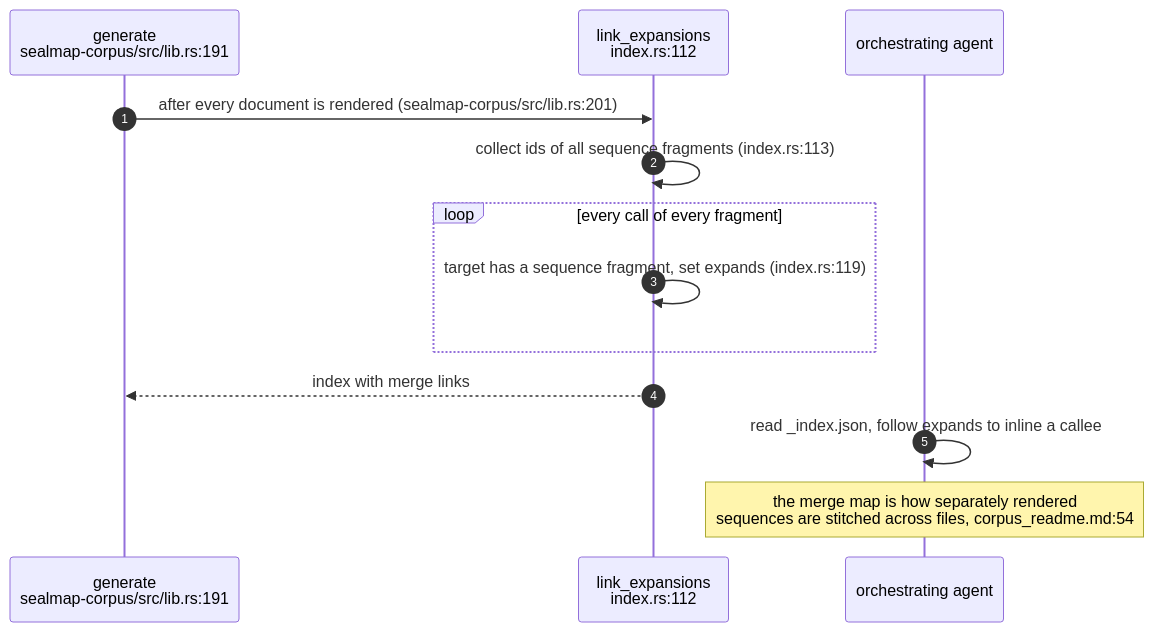
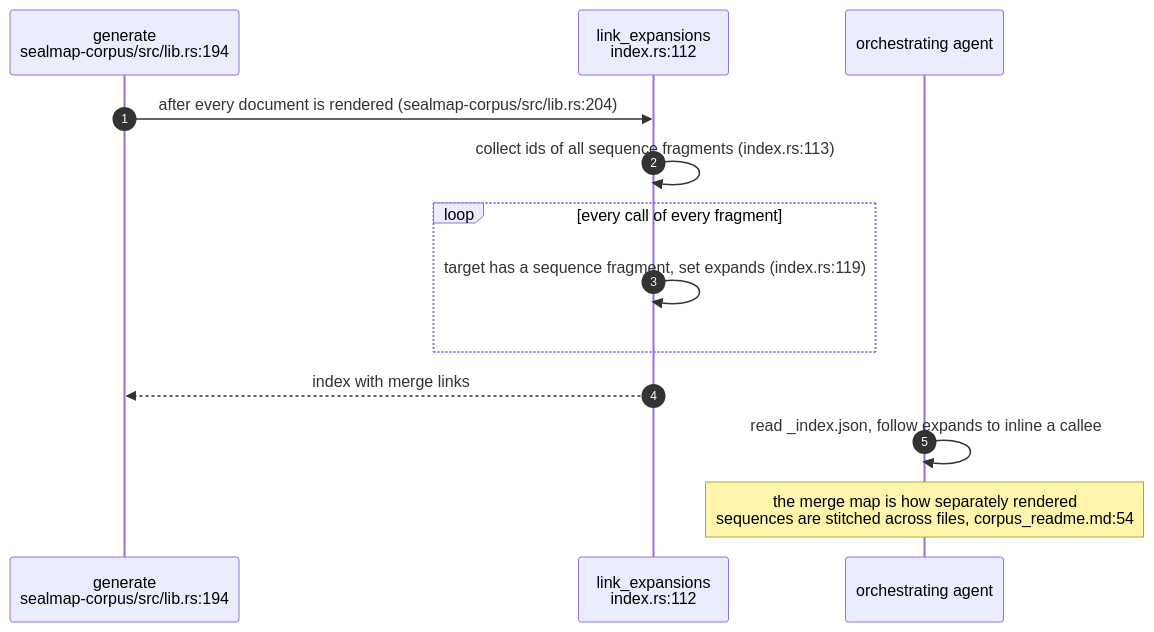
The fourth of 5 diagrams in docs/diagrams/sealmap/12-generating-the-corpus-and-index.md (DreamLab-AI/VisionFlow), drawn with Mermaid before and after one commit. The commit also changed other lines of this file and 59 other files, not shown here.

First line of the commit message:
docs(diagrams): re-derive and re-stamp forum, website, pod, ontomark and sealmap topics

````diff
--- a/docs/diagrams/sealmap/12-generating-the-corpus-and-index.md
+++ b/docs/diagrams/sealmap/12-generating-the-corpus-and-index.md
@@ -169,15 +170,15 @@
 ```mermaid
 sequenceDiagram
     autonumber
-    participant GE as generate<br/>sealmap-corpus/src/lib.rs:191
+    participant GE as generate<br/>sealmap-corpus/src/lib.rs:194
     participant LE as link_expansions<br/>index.rs:112
     participant OR as orchestrating agent
-    GE->>LE: after every document is rendered (sealmap-corpus/src/lib.rs:201)
+    GE->>LE: after every document is rendered (sealmap-corpus/src/lib.rs:204)
     LE->>LE: collect ids of all sequence fragments (index.rs:113)
     loop every call of every fragment
         LE->>LE: target has a sequence fragment, set expands (index.rs:119)
     end
     LE-->>GE: index with merge links
     OR->>OR: read _index.json, follow expands to inline a callee
     Note over OR: the merge map is how separately rendered<br/>sequences are stitched across files, corpus_readme.md:54
 ```
````
